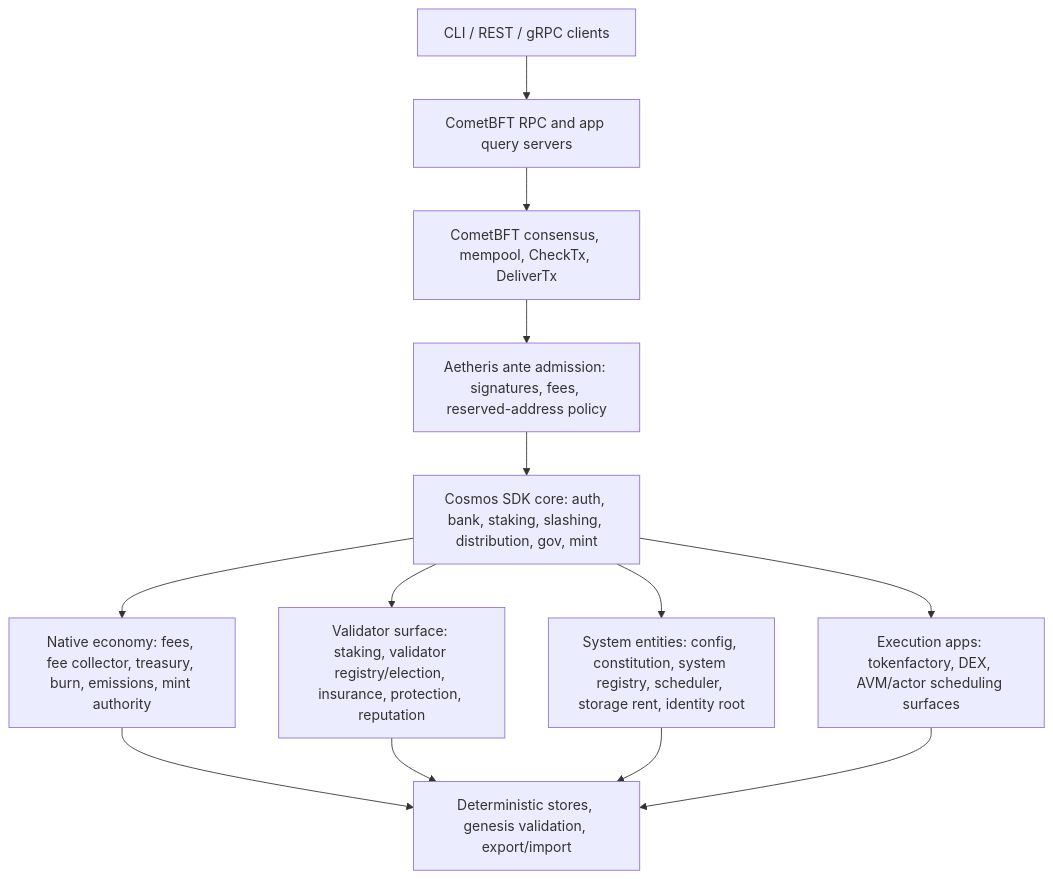
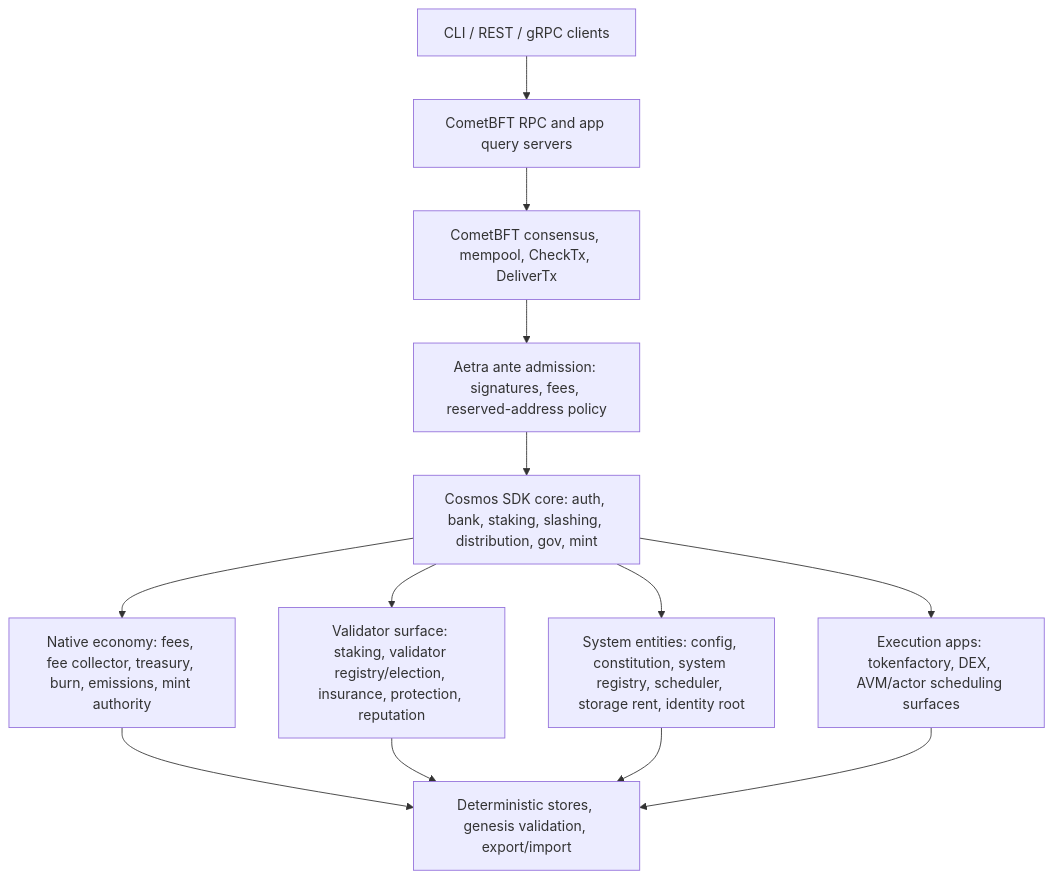
The diagram in README.md (SoftwareMaestro16/L1-Blockchain), drawn with Mermaid before and after one commit. The commit also changed other lines of this file, not shown here.

Commit message:
Rename README branding to Aetra

````diff
--- a/README.md
+++ b/README.md
@@ -17,15 +17,15 @@
 ```mermaid
 flowchart TD
   USER["CLI / REST / gRPC clients"] --> RPC["CometBFT RPC and app query servers"]
   RPC --> CONSENSUS["CometBFT consensus, mempool, CheckTx, DeliverTx"]
-  CONSENSUS --> ANTE["Aetheris ante admission: signatures, fees, reserved-address policy"]
+  CONSENSUS --> ANTE["Aetra ante admission: signatures, fees, reserved-address policy"]
   ANTE --> CORE["Cosmos SDK core: auth, bank, staking, slashing, distribution, gov, mint"]
   CORE --> ECON["Native economy: fees, fee collector, treasury, burn, emissions, mint authority"]
   CORE --> POS["Validator surface: staking, validator registry/election, insurance, protection, reputation"]
   CORE --> SYS["System entities: config, constitution, system registry, scheduler, storage rent, identity root"]
   CORE --> EXEC["Execution apps: tokenfactory, DEX, AVM/actor scheduling surfaces"]
   ECON --> STATE["Deterministic stores, genesis validation, export/import"]
   POS --> STATE
   SYS --> STATE
   EXEC --> STATE
 ```
````
